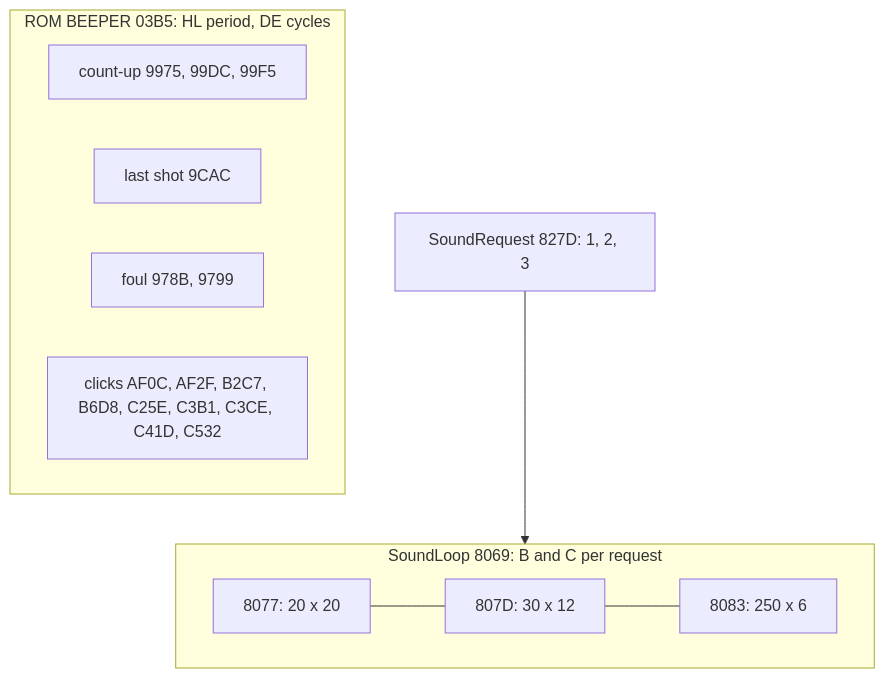
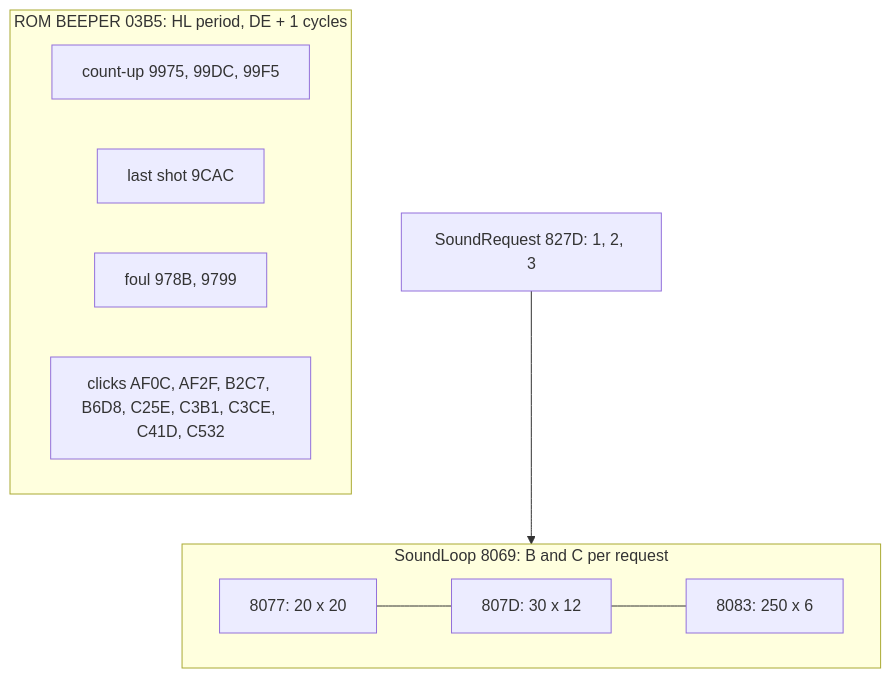
The seventh of 8 diagrams in games/video-pool/docs/09-sound.md (alfishe/unrealng-reverse-cases), drawn with Mermaid before and after one commit. The commit also changed other lines of this file and 51 other files, not shown here.

````diff
--- a/games/video-pool/docs/09-sound.md
+++ b/games/video-pool/docs/09-sound.md
@@ -740,13 +800,13 @@
 ```mermaid
 flowchart TD
     subgraph Foreground[SoundLoop 8069: B and C per request]
         R1[8077: 20 x 20] --- R2[807D: 30 x 12] --- R3[8083: 250 x 6]
     end
-    subgraph ROM[ROM BEEPER 03B5: HL period, DE cycles]
+    subgraph ROM[ROM BEEPER 03B5: HL period, DE + 1 cycles]
         T[count-up 9975, 99DC, 99F5]
         S[last shot 9CAC]
         F[foul 978B, 9799]
         K[clicks AF0C, AF2F, B2C7, B6D8, C25E, C3B1, C3CE, C41D, C532]
     end
     Q[SoundRequest 827D: 1, 2, 3] --> Foreground
 ```
````
